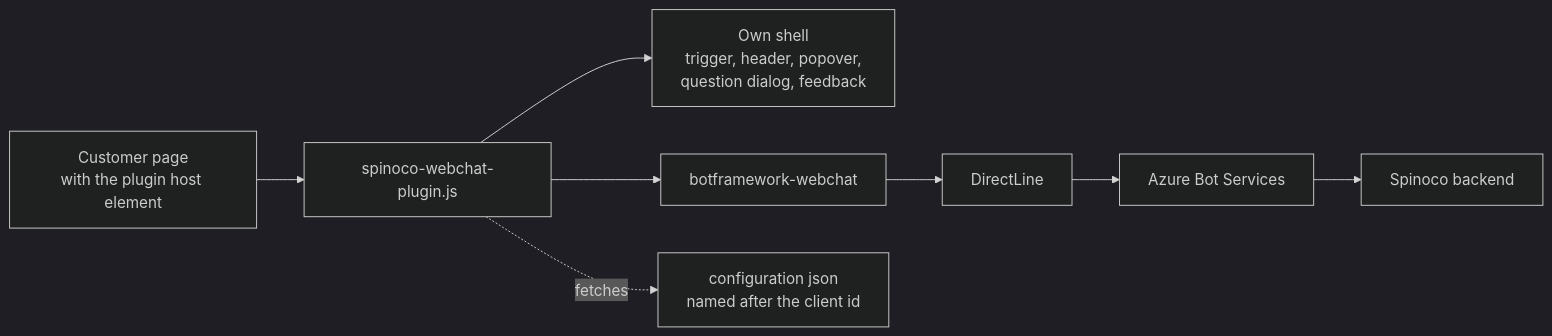
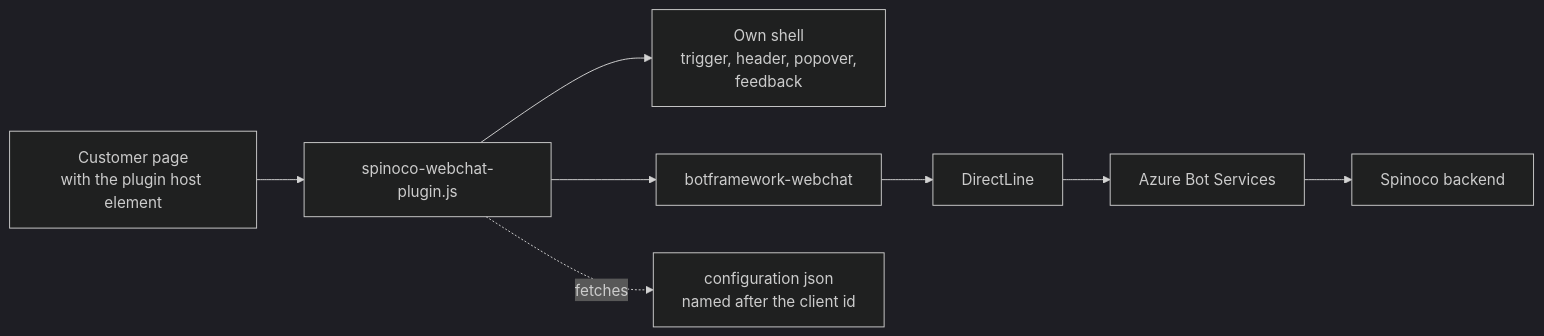
One commit to Spinoco/webchat-plugin changed the first of 6 diagrams in readme/architecture.md. Above: the diagram before and after it, drawn with Mermaid (dark theme). The commit also changed other lines of this file and 9 other files, not shown here.

````diff
--- a/readme/architecture.md
+++ b/readme/architecture.md
@@ -19,10 +19,10 @@
 ```mermaid
 flowchart LR
     page["Customer page<br/>with the plugin host element"] --> plugin["spinoco-webchat-plugin.js"]
-    plugin --> shell["Own shell<br/>trigger, header, popover,<br/>question dialog, feedback"]
+    plugin --> shell["Own shell<br/>trigger, header, popover,<br/>feedback"]
     plugin --> webchat["botframework-webchat"]
     webchat --> dl["DirectLine"]
     dl --> azure["Azure Bot Services"]
     azure --> spinoco["Spinoco backend"]
     plugin -. fetches .-> conf["configuration json<br/>named after the client id"]
 ```
````
